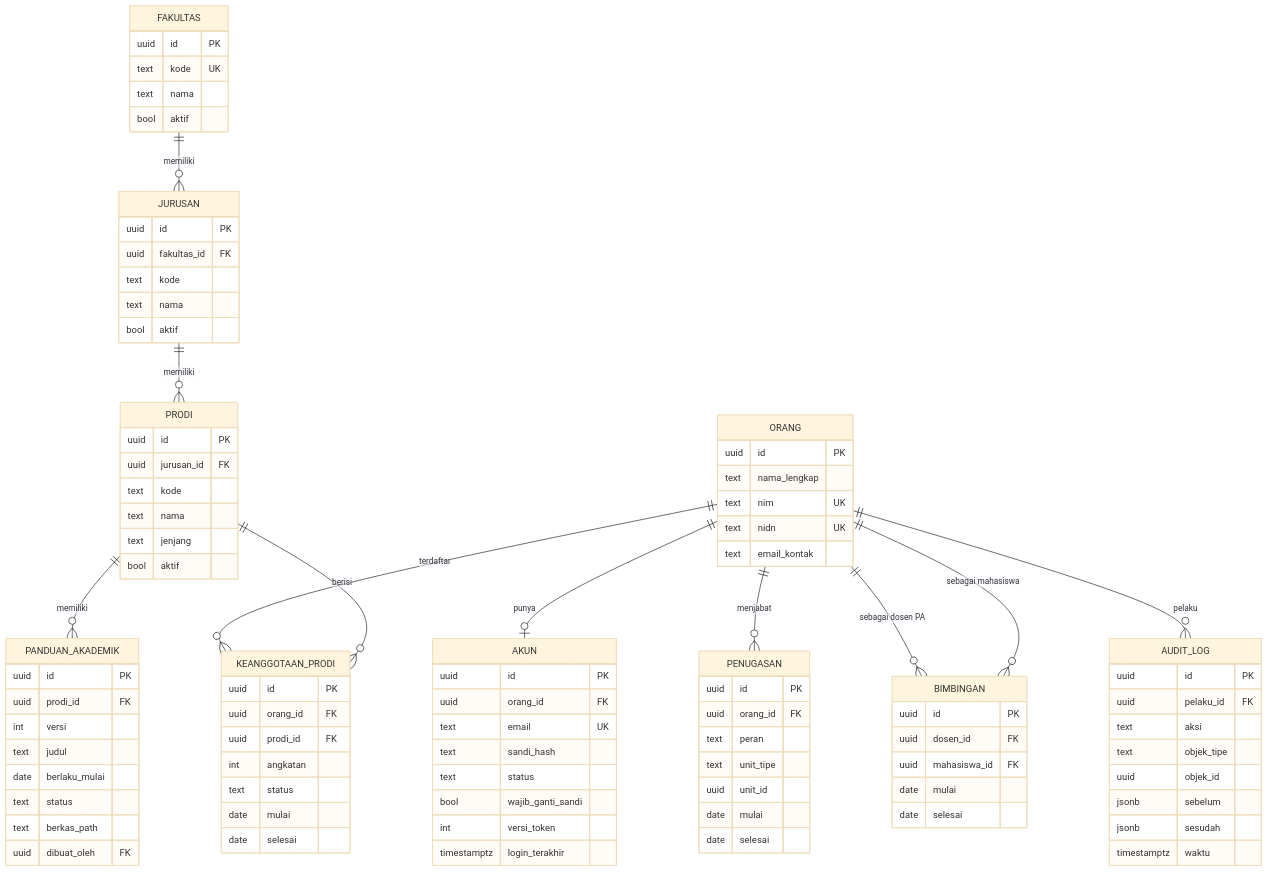
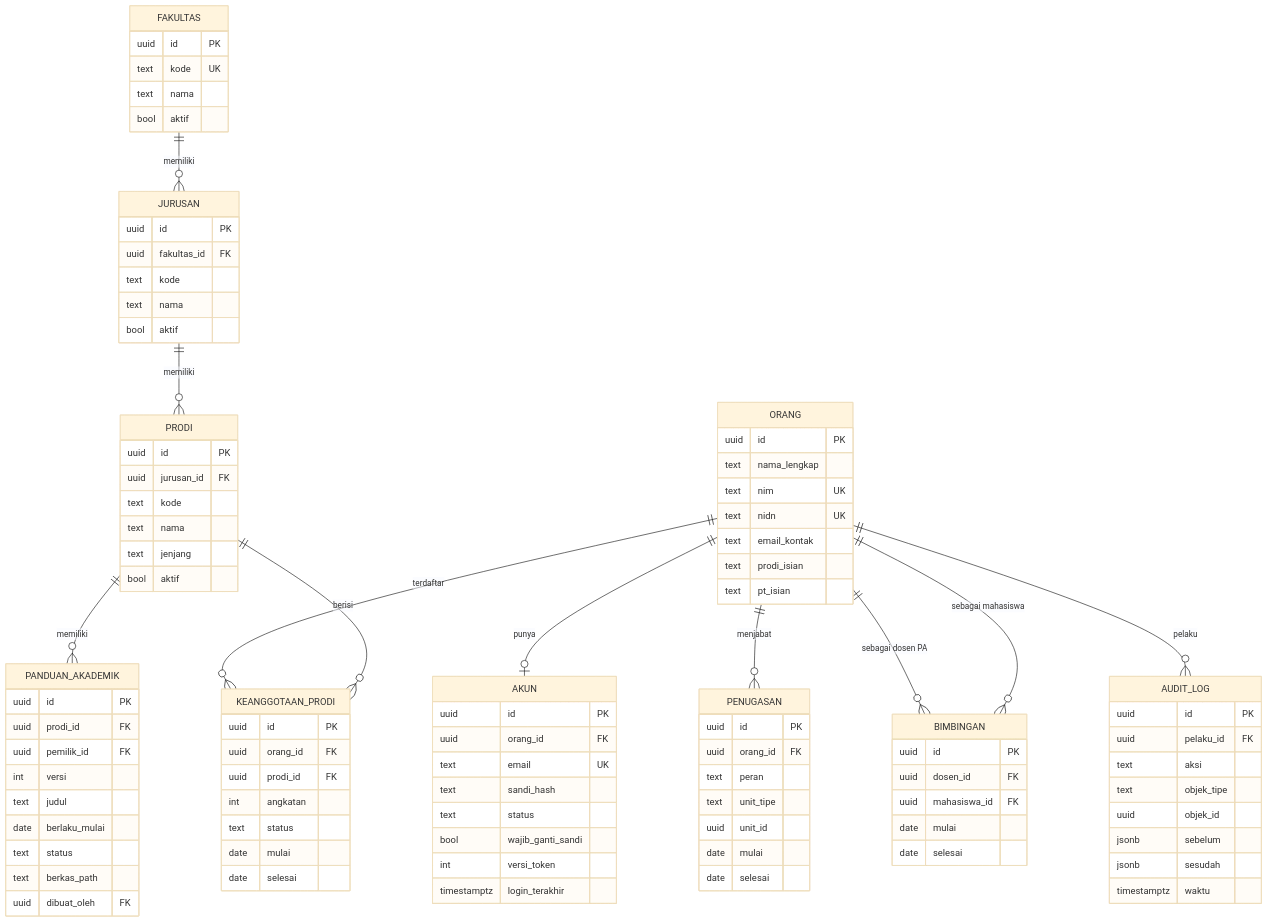
One commit to rapsz30/superapp-gateway changed the diagram in docs/identity/04-model-data.md. Above: the diagram before and after it, drawn with Mermaid (base theme). The commit also changed 60 other files, not shown here.

````diff
--- a/docs/identity/04-model-data.md
+++ b/docs/identity/04-model-data.md
@@ -7,77 +7,80 @@
 ```mermaid
 erDiagram
     FAKULTAS ||--o{ JURUSAN : memiliki
     JURUSAN ||--o{ PRODI : memiliki
     PRODI ||--o{ PANDUAN_AKADEMIK : memiliki
     ORANG ||--o| AKUN : punya
     ORANG ||--o{ PENUGASAN : menjabat
     ORANG ||--o{ KEANGGOTAAN_PRODI : terdaftar
     PRODI ||--o{ KEANGGOTAAN_PRODI : berisi
     ORANG ||--o{ BIMBINGAN : "sebagai dosen PA"
     ORANG ||--o{ BIMBINGAN : "sebagai mahasiswa"
     ORANG ||--o{ AUDIT_LOG : pelaku
 
     FAKULTAS { uuid id PK
       text kode UK
       text nama
       bool aktif }
     JURUSAN { uuid id PK
       uuid fakultas_id FK
       text kode
       text nama
       bool aktif }
     PRODI { uuid id PK
       uuid jurusan_id FK
       text kode
       text nama
       text jenjang
       bool aktif }
     ORANG { uuid id PK
       text nama_lengkap
       text nim UK
       text nidn UK
-      text email_kontak }
+      text email_kontak
+      text prodi_isian
+      text pt_isian }
     AKUN { uuid id PK
       uuid orang_id FK
       text email UK
       text sandi_hash
       text status
       bool wajib_ganti_sandi
       int versi_token
       timestamptz login_terakhir }
     PENUGASAN { uuid id PK
       uuid orang_id FK
       text peran
       text unit_tipe
       uuid unit_id
       date mulai
       date selesai }
     KEANGGOTAAN_PRODI { uuid id PK
       uuid orang_id FK
       uuid prodi_id FK
       int angkatan
       text status
       date mulai
       date selesai }
     BIMBINGAN { uuid id PK
       uuid dosen_id FK
       uuid mahasiswa_id FK
       date mulai
       date selesai }
     PANDUAN_AKADEMIK { uuid id PK
       uuid prodi_id FK
+      uuid pemilik_id FK
       int versi
       text judul
       date berlaku_mulai
       text status
       text berkas_path
       uuid dibuat_oleh FK }
     AUDIT_LOG { uuid id PK
       uuid pelaku_id FK
       text aksi
       text objek_tipe
       uuid objek_id
       jsonb sebelum
       jsonb sesudah
       timestamptz waktu }
 ```
````
